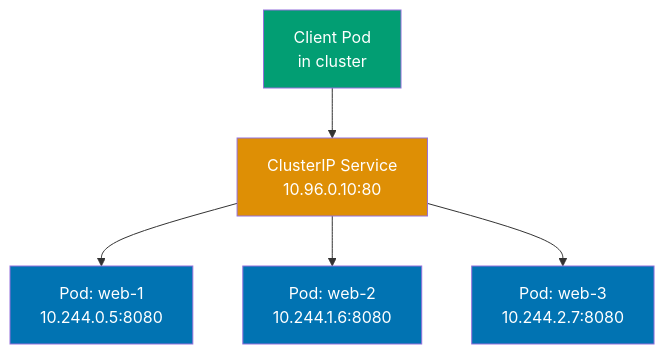
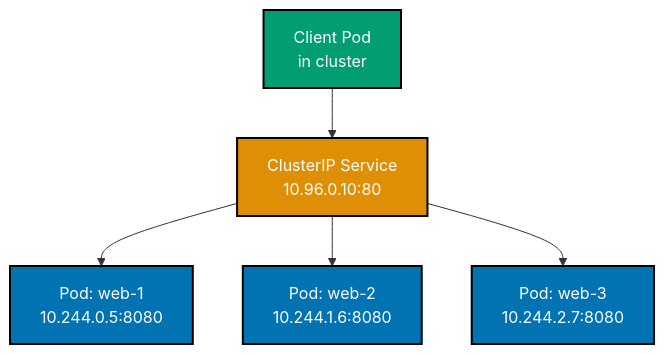
One commit to wahidyankf/open-sharia-enterprise changed the sixth of 9 diagrams in apps/ayokoding-web/content/en/learn/software-engineering/infrastructure/tools/kubernetes/by-example/beginner.md. Above: the diagram before and after it, drawn with Mermaid. The commit also changed other lines of this file and 25 other files, not shown here.

````diff
--- a/apps/ayokoding-web/content/en/learn/software-engineering/infrastructure/tools/kubernetes/by-example/beginner.md
+++ b/apps/ayokoding-web/content/en/learn/software-engineering/infrastructure/tools/kubernetes/by-example/beginner.md
@@ -893,14 +898,15 @@
 ```mermaid
+%% Color Palette: Blue #0173B2, Orange #DE8F05, Teal #029E73, Purple #CC78BC, Brown #CA9161
 %% ClusterIP Service architecture
 graph TD
  A[ClusterIP Service<br/>10.96.0.10:80] --> B[Pod: web-1<br/>10.244.0.5:8080]
  A --> C[Pod: web-2<br/>10.244.1.6:8080]
  A --> D[Pod: web-3<br/>10.244.2.7:8080]
  E[Client Pod<br/>in cluster] --> A
 
- style A fill:#DE8F05,color:#fff
- style B fill:#0173B2,color:#fff
- style C fill:#0173B2,color:#fff
- style D fill:#0173B2,color:#fff
- style E fill:#029E73,color:#fff
+ style A fill:#DE8F05,stroke:#000000,stroke-width:2px,color:#fff
+ style B fill:#0173B2,stroke:#000000,stroke-width:2px,color:#fff
+ style C fill:#0173B2,stroke:#000000,stroke-width:2px,color:#fff
+ style D fill:#0173B2,stroke:#000000,stroke-width:2px,color:#fff
+ style E fill:#029E73,stroke:#000000,stroke-width:2px,color:#fff
 ```
````
